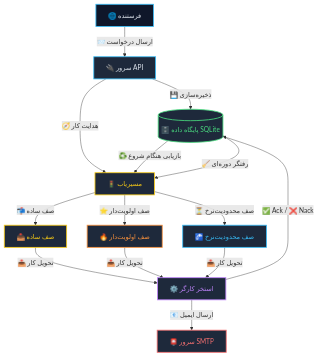
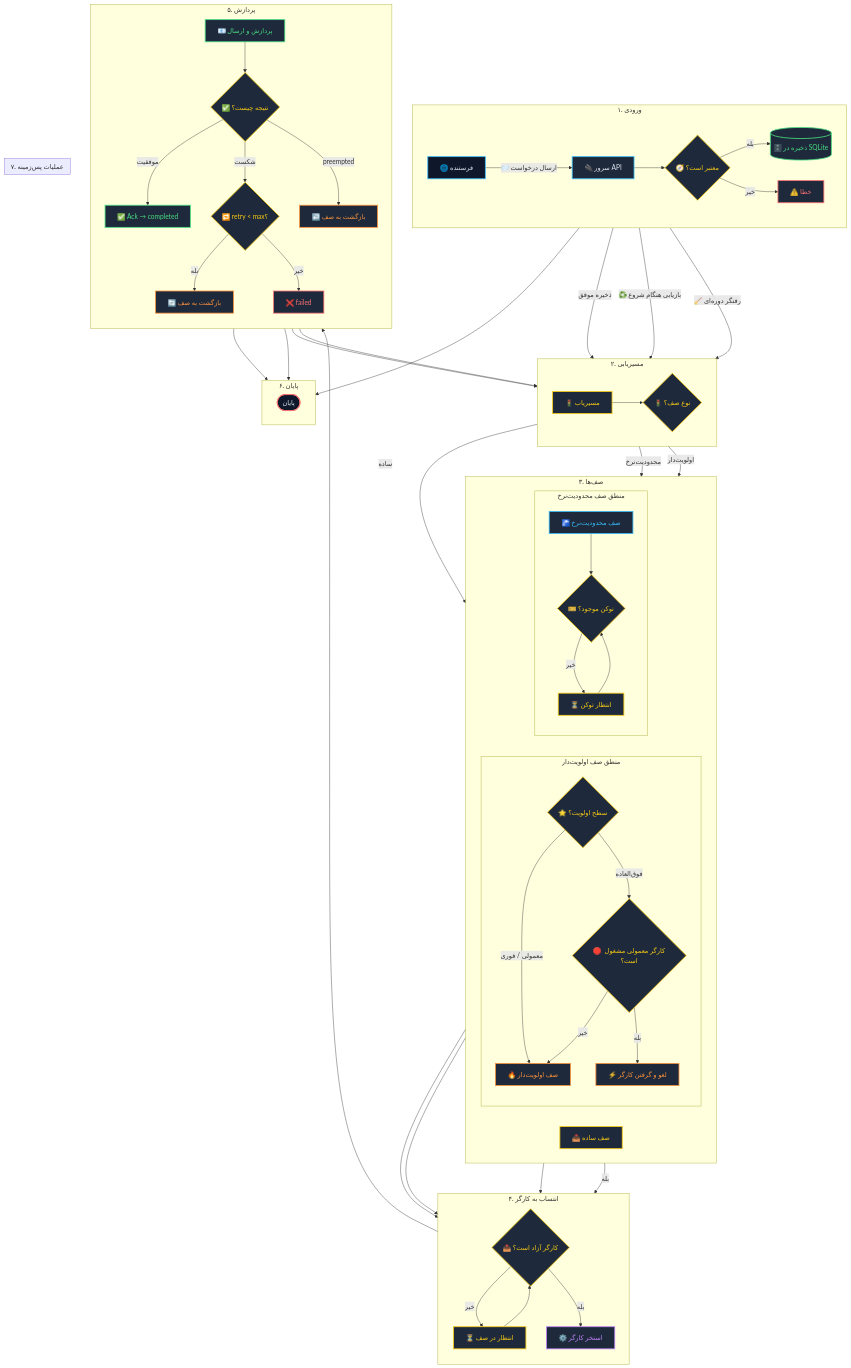
The diagram in DOCS.md (Behehap/RJQ), drawn with Mermaid before and after one commit.

Commit message:
small edits in the doc

````diff
--- a/DOCS.md
+++ b/DOCS.md
@@ -30,31 +30,107 @@
 ```mermaid
-graph TD
-    Client["🌐 فرستنده"] -->|"📨 ارسال درخواست"| API["🔌 سرور API"]
+flowchart TB
+    subgraph Input["۱. ورودی"]
+        direction LR
+        Client["🌐 فرستنده"] -->|"📨 ارسال درخواست"| API["🔌 سرور API"]
+        API --> Valid{"🧭 معتبر است؟"}
+        Valid -->|"بله"| SaveDB[("🗄️ ذخیره در SQLite")]
+        Valid -->|"خیر"| Error["⚠️ خطا"]
+    end
 
-    API -->|"💾 ذخیره‌سازی"| DB[("🗄️ پایگاه داده SQLite")]
-    API -->|"🧭 هدایت کار"| Router["🚦 مسیریاب"]
+    subgraph Routing["۲. مسیریابی"]
+        direction LR
+        SaveDB -->|"ذخیره موفق"| Router["🚦 مسیریاب"]
+        Router --> QType{"🚦 نوع صف؟"}
+    end
 
-    Router -->|"📬 صف ساده"| FIFO["📥 صف ساده"]
-    Router -->|"⭐ صف اولویت‌دار"| Priority["🔥 صف اولویت‌دار"]
-    Router -->|"⏳ صف محدودیت‌نرخ"| RateLimited["🚰 صف محدودیت‌نرخ"]
+    subgraph Queues["۳. صف‌ها"]
+        direction LR
+        QType -->|"ساده"| FIFO_Q["📥 صف ساده"]
+        QType -->|"محدودیت‌نرخ"| Rate_Q["🚰 صف محدودیت‌نرخ"]
+        QType -->|"اولویت‌دار"| Priority_Check{"⭐ سطح اولویت؟"}
 
-    FIFO -->|"📤 تحویل کار"| Pool["⚙️ استخر کارگر"]
-    Priority -->|"📤 تحویل کار"| Pool
-    RateLimited -->|"📤 تحویل کار"| Pool
+        subgraph PriorityLogic["منطق صف اولویت‌دار"]
+            direction TB
+            Priority_Check -->|"معمولی / فوری"| Priority_Q["🔥 صف اولویت‌دار"]
+            Priority_Check -->|"فوق‌العاده"| Preempt_Check{"🛑 کارگر معمولی مشغول است؟"}
+            Preempt_Check -->|"بله"| Preempt_Action["⚡ لغو و گرفتن کارگر"]
+            Preempt_Check -->|"خیر"| Priority_Q
+        end
 
-    Pool -->|"✅ Ack / ❌ Nack"| DB
-    Pool -->|"📧 ارسال ایمیل"| SMTP["📮 سرور SMTP"]
+        subgraph RateLogic["منطق صف محدودیت‌نرخ"]
+            direction TB
+            Rate_Q --> Token_Check{"🎫 توکن موجود؟"}
+            Token_Check -->|"خیر"| Wait_Token["⏳ انتظار توکن"]
+            Wait_Token --> Token_Check
+        end
+    end
 
-    DB -->|"♻️ بازیابی هنگام شروع"| Router
-    DB -->|"🧹 رفتگر دوره‌ای"| Router
+    subgraph WorkerAssignment["۴. انتساب به کارگر"]
+        direction TB
+        Worker_Avail{"📤 کارگر آزاد است؟"}
+        Worker_Avail -->|"خیر"| Wait_Queue["⏳ انتظار در صف"]
+        Wait_Queue --> Worker_Avail
+        Worker_Avail -->|"بله"| Worker["⚙️ استخر کارگر"]
+    end
+
+    subgraph Processing["۵. پردازش"]
+        direction TB
+        Worker --> Process["📧 پردازش و ارسال"]
+        Process --> Result{"✅ نتیجه چیست؟"}
+        Result -->|"موفقیت"| Ack["✅ Ack → completed"]
+        Result -->|"شکست"| Nack_Check{"🔁 retry < max؟"}
+        Result -->|"preempted"| Preempt_Return["↩️ بازگشت به صف"]
+        Nack_Check -->|"بله"| Requeue["🔄 بازگشت به صف"]
+        Nack_Check -->|"خیر"| Failed["❌ failed"]
+    end
+
+    subgraph EndStates["۶. پایان"]
+        direction LR
+        Ack --> End(["پایان"])
+        Failed --> End
+        Error --> End
+    end
+
+    subgraph Background["۷. عملیات پس‌زمینه"]
+        direction LR
+        SaveDB -->|"♻️ بازیابی هنگام شروع"| Router
+        SaveDB -->|"🧹 رفتگر دوره‌ای"| Router
+    end
+
+    %% اتصالات بین صف‌ها و بررسی کارگر آزاد
+    FIFO_Q --> Worker_Avail
+    Priority_Q --> Worker_Avail
+    Preempt_Action --> Worker
+    Token_Check -->|"بله"| Worker_Avail
+
+    Requeue --> Router
+    Preempt_Return --> Router
 
     style Client fill:#0f172a,stroke:#38bdf8,stroke-width:2px,color:#e2e8f0
     style API fill:#1e293b,stroke:#38bdf8,stroke-width:2px,color:#e2e8f0
+    style Valid fill:#1e293b,stroke:#facc15,stroke-width:2px,color:#facc15
+    style SaveDB fill:#1e293b,stroke:#4ade80,stroke-width:2px,color:#4ade80
     style Router fill:#1e293b,stroke:#facc15,stroke-width:2px,color:#facc15
-    style DB fill:#1e293b,stroke:#4ade80,stroke-width:2px,color:#4ade80
-    style FIFO fill:#1e293b,stroke:#facc15,stroke-width:2px,color:#facc15
-    style Priority fill:#1e293b,stroke:#fb923c,stroke-width:2px,color:#fb923c
-    style RateLimited fill:#1e293b,stroke:#38bdf8,stroke-width:2px,color:#38bdf8
-    style Pool fill:#1e293b,stroke:#c084fc,stroke-width:2px,color:#c084fc
-    style SMTP fill:#1e293b,stroke:#f87171,stroke-width:2px,color:#f87171
+    style QType fill:#1e293b,stroke:#facc15,stroke-width:2px,color:#facc15
+    style Priority_Check fill:#1e293b,stroke:#facc15,stroke-width:2px,color:#facc15
+    style Preempt_Check fill:#1e293b,stroke:#facc15,stroke-width:2px,color:#facc15
+    style Token_Check fill:#1e293b,stroke:#facc15,stroke-width:2px,color:#facc15
+    style Worker_Avail fill:#1e293b,stroke:#facc15,stroke-width:2px,color:#facc15
+    style Result fill:#1e293b,stroke:#facc15,stroke-width:2px,color:#facc15
+    style Nack_Check fill:#1e293b,stroke:#facc15,stroke-width:2px,color:#facc15
+
+    style FIFO_Q fill:#1e293b,stroke:#facc15,stroke-width:2px,color:#facc15
+    style Priority_Q fill:#1e293b,stroke:#fb923c,stroke-width:2px,color:#fb923c
+    style Rate_Q fill:#1e293b,stroke:#38bdf8,stroke-width:2px,color:#38bdf8
+    style Preempt_Action fill:#1e293b,stroke:#fb923c,stroke-width:2px,color:#fb923c
+    style Wait_Token fill:#1e293b,stroke:#facc15,stroke-width:2px,color:#facc15
+    style Wait_Queue fill:#1e293b,stroke:#facc15,stroke-width:2px,color:#facc15
+    style Worker fill:#1e293b,stroke:#c084fc,stroke-width:2px,color:#c084fc
+    style Process fill:#1e293b,stroke:#4ade80,stroke-width:2px,color:#4ade80
+    style Ack fill:#1e293b,stroke:#4ade80,stroke-width:2px,color:#4ade80
+    style Failed fill:#1e293b,stroke:#f87171,stroke-width:2px,color:#f87171
+    style Preempt_Return fill:#1e293b,stroke:#fb923c,stroke-width:2px,color:#fb923c
+    style Requeue fill:#1e293b,stroke:#fb923c,stroke-width:2px,color:#fb923c
+    style Error fill:#1e293b,stroke:#f87171,stroke-width:2px,color:#f87171
+    style End fill:#0f172a,stroke:#f87171,stroke-width:2px,color:#e2e8f0
 ```
````
